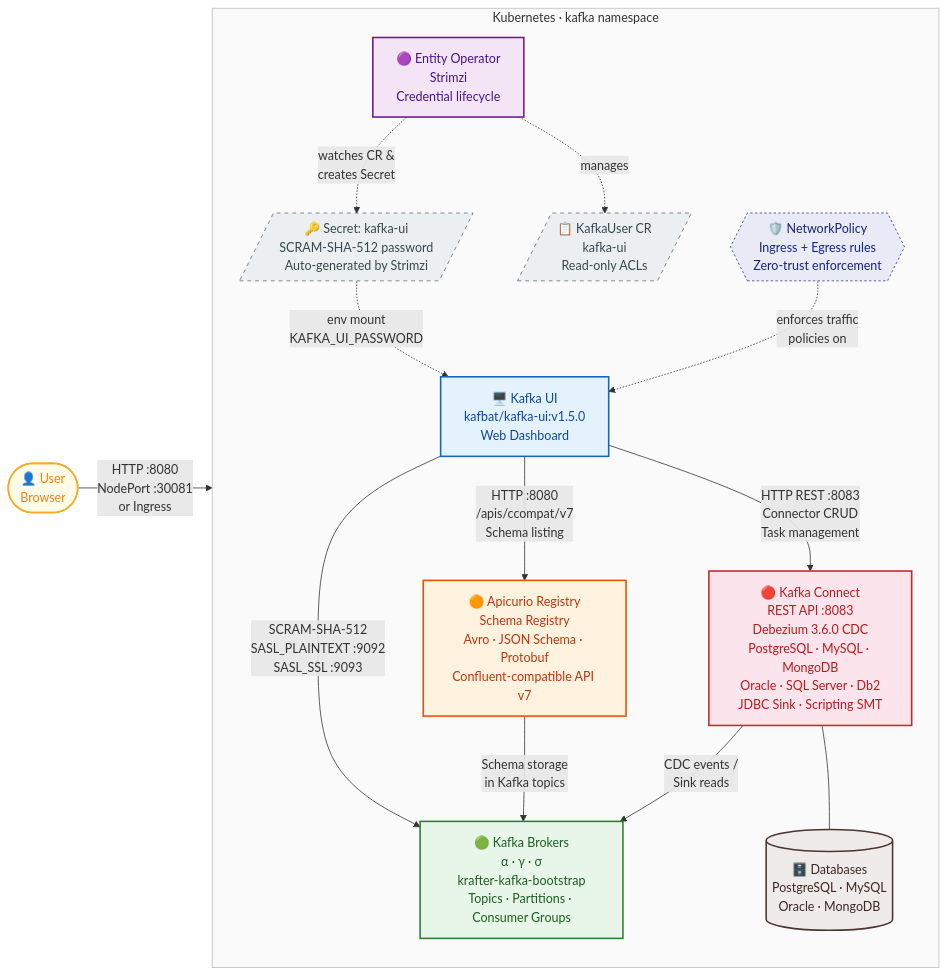
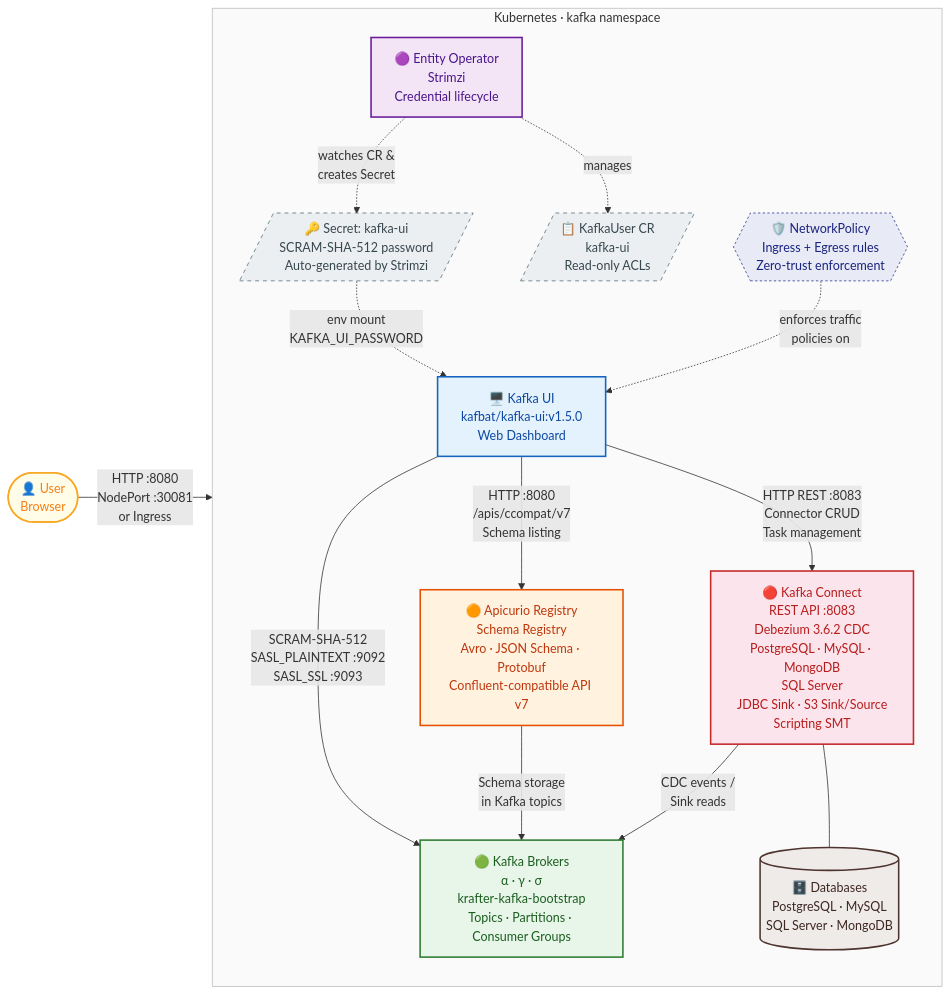
The diagram in charts/kafka-ui/README.md (actions-marketplace-validations/bmscomp_kates), drawn with Mermaid before and after one commit. The commit also changed other lines of this file and 53 other files, not shown here.

````diff
--- a/charts/kafka-ui/README.md
+++ b/charts/kafka-ui/README.md
@@ -25,49 +25,49 @@
 ```mermaid
 flowchart LR
     USER(["👤 User<br/>Browser"])
 
     USER -- "HTTP :8080<br/>NodePort :30081<br/>or Ingress" --> KAFKAUI
 
     subgraph KAFKA_NS["Kubernetes · kafka namespace"]
         direction TB
 
         KAFKAUI["🖥️ Kafka UI<br/>kafbat/kafka-ui:v1.5.0<br/>Web Dashboard"]
 
         KAFKAUI -- "SCRAM-SHA-512<br/>SASL_PLAINTEXT :9092<br/>SASL_SSL :9093" --> BROKERS
         KAFKAUI -- "HTTP :8080<br/>/apis/ccompat/v7<br/>Schema listing" --> APICURIO
         KAFKAUI -- "HTTP REST :8083<br/>Connector CRUD<br/>Task management" --> CONNECT
 
         BROKERS["🟢 Kafka Brokers<br/>α · γ · σ<br/>krafter-kafka-bootstrap<br/>Topics · Partitions · Consumer Groups"]
 
         APICURIO["🟠 Apicurio Registry<br/>Schema Registry<br/>Avro · JSON Schema · Protobuf<br/>Confluent-compatible API v7"]
 
-        CONNECT["🔴 Kafka Connect<br/>REST API :8083<br/>Debezium 3.6.0 CDC<br/>PostgreSQL · MySQL · MongoDB<br/>Oracle · SQL Server · Db2<br/>JDBC Sink · Scripting SMT"]
+        CONNECT["🔴 Kafka Connect<br/>REST API :8083<br/>Debezium 3.6.2 CDC<br/>PostgreSQL · MySQL · MongoDB<br/>SQL Server<br/>JDBC Sink · S3 Sink/Source<br/>Scripting SMT"]
 
         CONNECT -- "CDC events /<br/>Sink reads" --> BROKERS
         APICURIO -- "Schema storage<br/>in Kafka topics" --> BROKERS
 
-        CONNECT --- DB[("🗄️ Databases<br/>PostgreSQL · MySQL<br/>Oracle · MongoDB")]
+        CONNECT --- DB[("🗄️ Databases<br/>PostgreSQL · MySQL<br/>SQL Server · MongoDB")]
 
         SECRET[/"🔑 Secret: kafka-ui<br/>SCRAM-SHA-512 password<br/>Auto-generated by Strimzi"/]
         KAFKAUSER[/"📋 KafkaUser CR<br/>kafka-ui<br/>Read-only ACLs"/]
         EO["🟣 Entity Operator<br/>Strimzi<br/>Credential lifecycle"]
         NETPOL{{"🛡️ NetworkPolicy<br/>Ingress + Egress rules<br/>Zero-trust enforcement"}}
 
         EO -. "watches CR &<br/>creates Secret" .-> SECRET
         EO -. "manages" .-> KAFKAUSER
         SECRET -. "env mount<br/>KAFKA_UI_PASSWORD" .-> KAFKAUI
         NETPOL -. "enforces traffic<br/>policies on" .-> KAFKAUI
     end
 
     style KAFKAUI fill:#e3f2fd,stroke:#1565c0,stroke-width:2px,color:#0d47a1
     style BROKERS fill:#e8f5e9,stroke:#2e7d32,stroke-width:2px,color:#1b5e20
     style APICURIO fill:#fff3e0,stroke:#e65100,stroke-width:2px,color:#bf360c
     style CONNECT fill:#fce4ec,stroke:#c62828,stroke-width:2px,color:#b71c1c
     style EO fill:#f3e5f5,stroke:#6a1b9a,stroke-width:2px,color:#4a148c
     style SECRET fill:#eceff1,stroke:#546e7a,stroke-width:1px,stroke-dasharray: 5 5,color:#37474f
     style KAFKAUSER fill:#eceff1,stroke:#546e7a,stroke-width:1px,stroke-dasharray: 5 5,color:#37474f
     style USER fill:#fffde7,stroke:#f9a825,stroke-width:2px,color:#f57f17
     style DB fill:#efebe9,stroke:#4e342e,stroke-width:2px,color:#3e2723
     style NETPOL fill:#e8eaf6,stroke:#283593,stroke-width:1px,stroke-dasharray: 3 3,color:#1a237e
     style KAFKA_NS fill:#fafafa,stroke:#bdbdbd,stroke-width:1px
 ```
````
